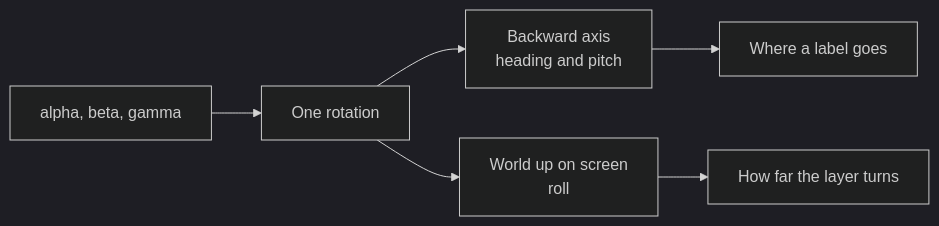
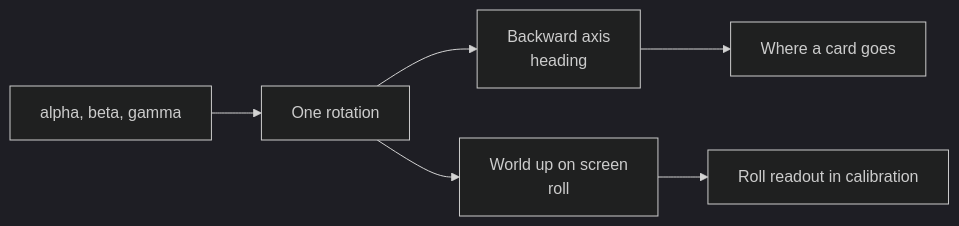
One commit to cnotv/generative-art changed the diagram in documentation/docs/journey/mixed-reality-map.md. Above: the diagram before and after it, drawn with Mermaid (dark theme). The commit also changed other lines of this file and 2 other files, not shown here.

````diff
--- a/documentation/docs/journey/mixed-reality-map.md
+++ b/documentation/docs/journey/mixed-reality-map.md
@@ -45,8 +45,8 @@
 ```mermaid
 flowchart LR
   A["alpha, beta, gamma"] --> B["One rotation"]
-  B --> C["Backward axis<br/>heading and pitch"]
+  B --> C["Backward axis<br/>heading"]
   B --> D["World up on screen<br/>roll"]
-  C --> E["Where a label goes"]
-  D --> F["How far the layer turns"]
+  C --> E["Where a card goes"]
+  D --> F["Roll readout in calibration"]
 ```
````
